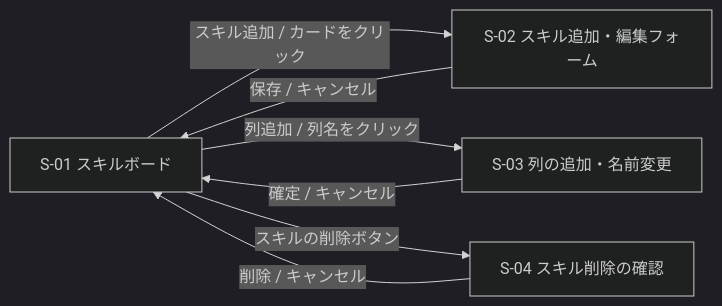
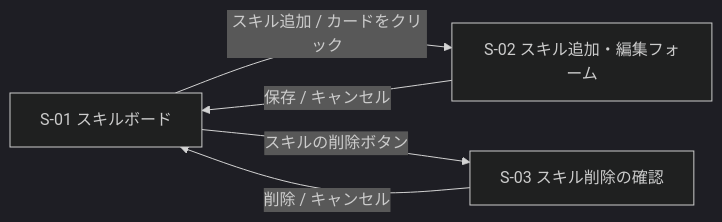
Before and after one commit to takeuchikoutagg/skill-map: the diagram in docs/03-画面一覧.md, drawn with Mermaid (dark theme). The commit also changed other lines of this file and 6 other files, not shown here.

````diff
--- a/docs/03-画面一覧.md
+++ b/docs/03-画面一覧.md
@@ -142,14 +146,11 @@
 ```mermaid
 flowchart LR
     S01["S-01 スキルボード"]
     S02["S-02 スキル追加・編集フォーム"]
-    S03["S-03 列の追加・名前変更"]
-    S04["S-04 スキル削除の確認"]
+    S03["S-03 スキル削除の確認"]
 
     S01 -->|スキル追加 / カードをクリック| S02
     S02 -->|保存 / キャンセル| S01
-    S01 -->|列追加 / 列名をクリック| S03
-    S03 -->|確定 / キャンセル| S01
-    S01 -->|スキルの削除ボタン| S04
-    S04 -->|削除 / キャンセル| S01
+    S01 -->|スキルの削除ボタン| S03
+    S03 -->|削除 / キャンセル| S01
 ```
````
